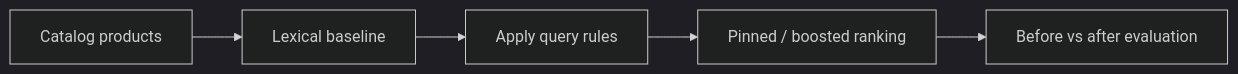
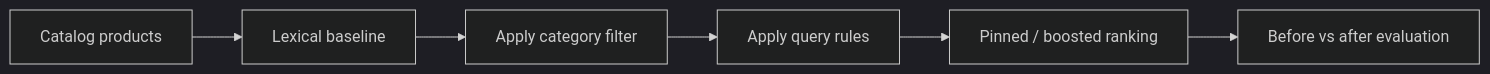
The diagram in README.md (flaviagaia/catalog-search-query-rules-lab), drawn with Mermaid (dark theme) before and after one commit. The commit also changed other lines of this file, not shown here.

````diff
--- a/README.md
+++ b/README.md
@@ -55,7 +61,8 @@
 ```mermaid
 flowchart LR
     A["Catalog products"] --> B["Lexical baseline"]
-    B --> C["Apply query rules"]
-    C --> D["Pinned / boosted ranking"]
-    D --> E["Before vs after evaluation"]
+    B --> C["Apply category filter"]
+    C --> D["Apply query rules"]
+    D --> E["Pinned / boosted ranking"]
+    E --> F["Before vs after evaluation"]
 ```
````
